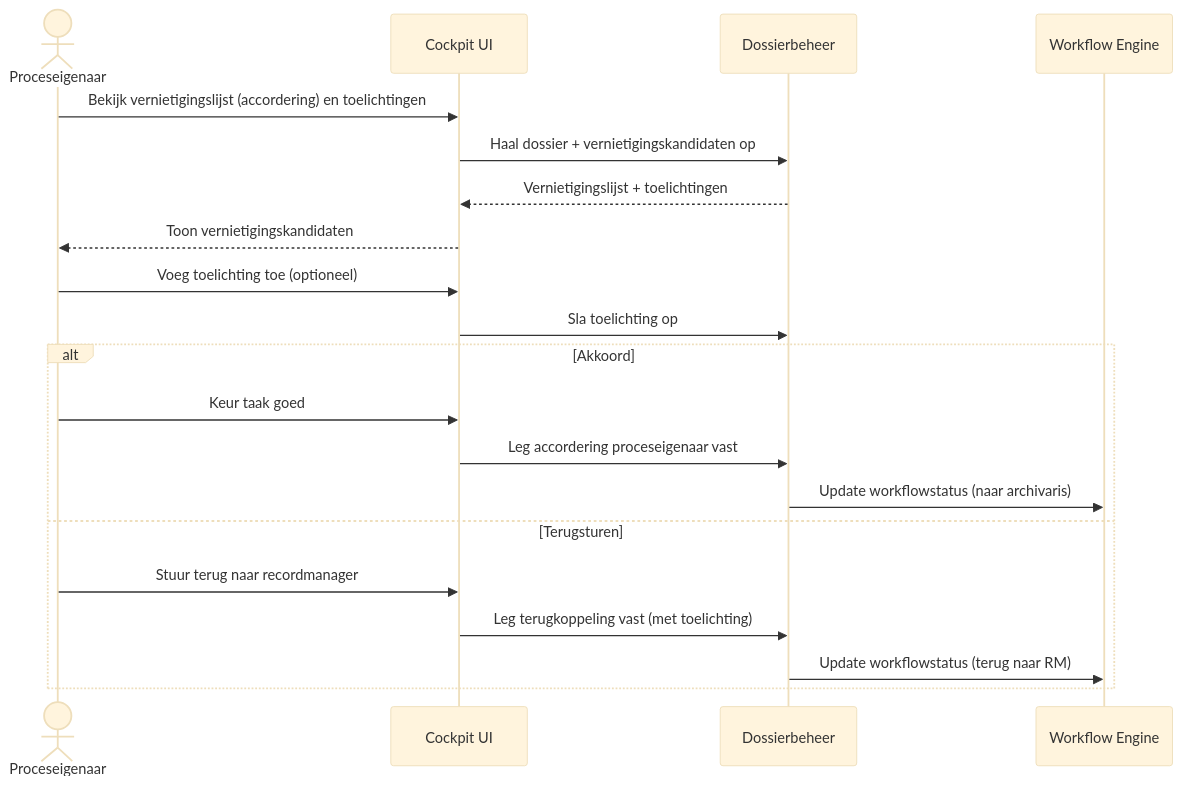
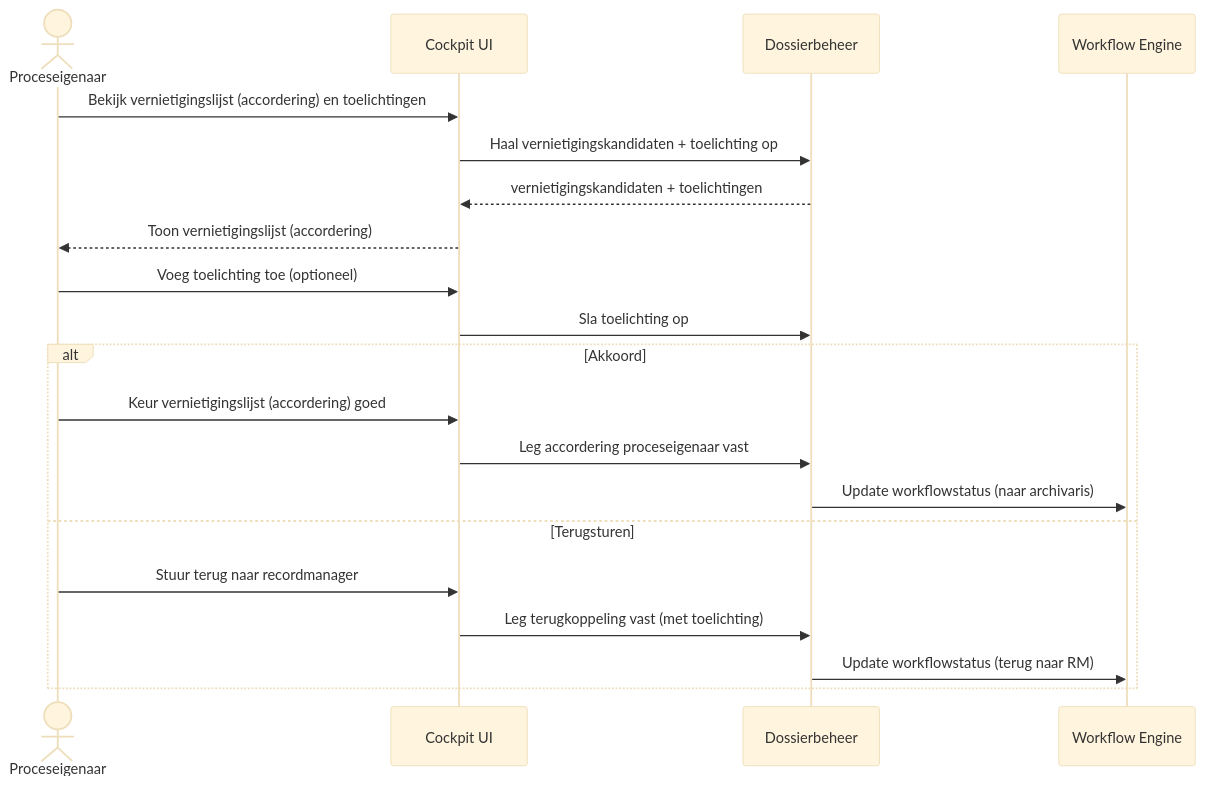
The fourth of 11 diagrams in architectuur/sequence-diagrammen.md (GemeenteArnhem/Vernietigingscockpit), drawn with Mermaid (base theme) before and after one commit. The commit also changed other lines of this file, not shown here.

````diff
--- a/architectuur/sequence-diagrammen.md
+++ b/architectuur/sequence-diagrammen.md
@@ -100,25 +100,25 @@
 ```mermaid
 sequenceDiagram
     actor PO as Proceseigenaar
     participant UI as Cockpit UI
     participant D as Dossierbeheer
     participant WF as Workflow Engine
 
     PO ->> UI: Bekijk vernietigingslijst (accordering) en toelichtingen
-    UI ->> D: Haal dossier + vernietigingskandidaten op
-    D -->> UI: Vernietigingslijst + toelichtingen
-    UI -->> PO: Toon vernietigingskandidaten
+    UI ->> D: Haal vernietigingskandidaten + toelichting op
+    D -->> UI: vernietigingskandidaten + toelichtingen
+    UI -->> PO: Toon vernietigingslijst (accordering)
 
     PO ->> UI: Voeg toelichting toe (optioneel)
     UI ->> D: Sla toelichting op
 
     alt Akkoord
-        PO ->> UI: Keur taak goed
+        PO ->> UI: Keur vernietigingslijst (accordering) goed
         UI ->> D: Leg accordering proceseigenaar vast
         D ->> WF: Update workflowstatus (naar archivaris)
     else Terugsturen
         PO ->> UI: Stuur terug naar recordmanager
         UI ->> D: Leg terugkoppeling vast (met toelichting)
         D ->> WF: Update workflowstatus (terug naar RM)
     end
 ```
````
